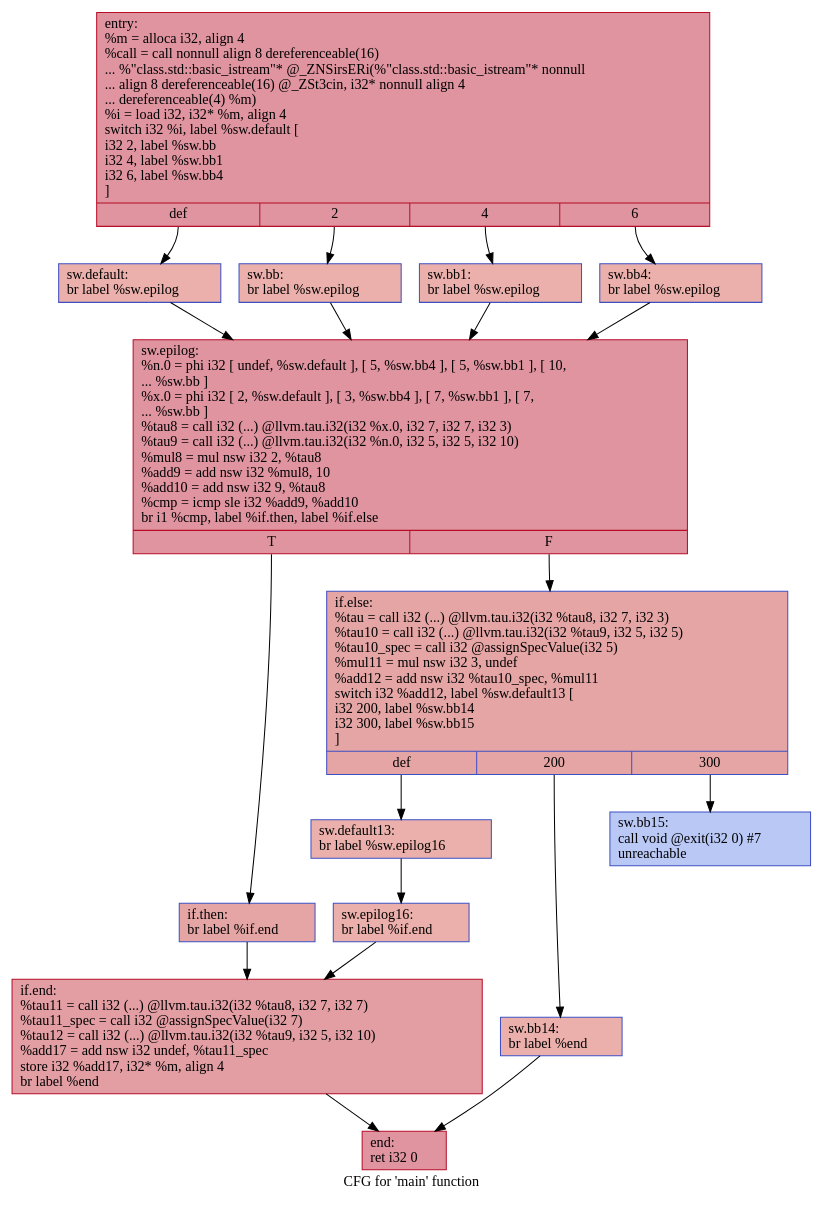
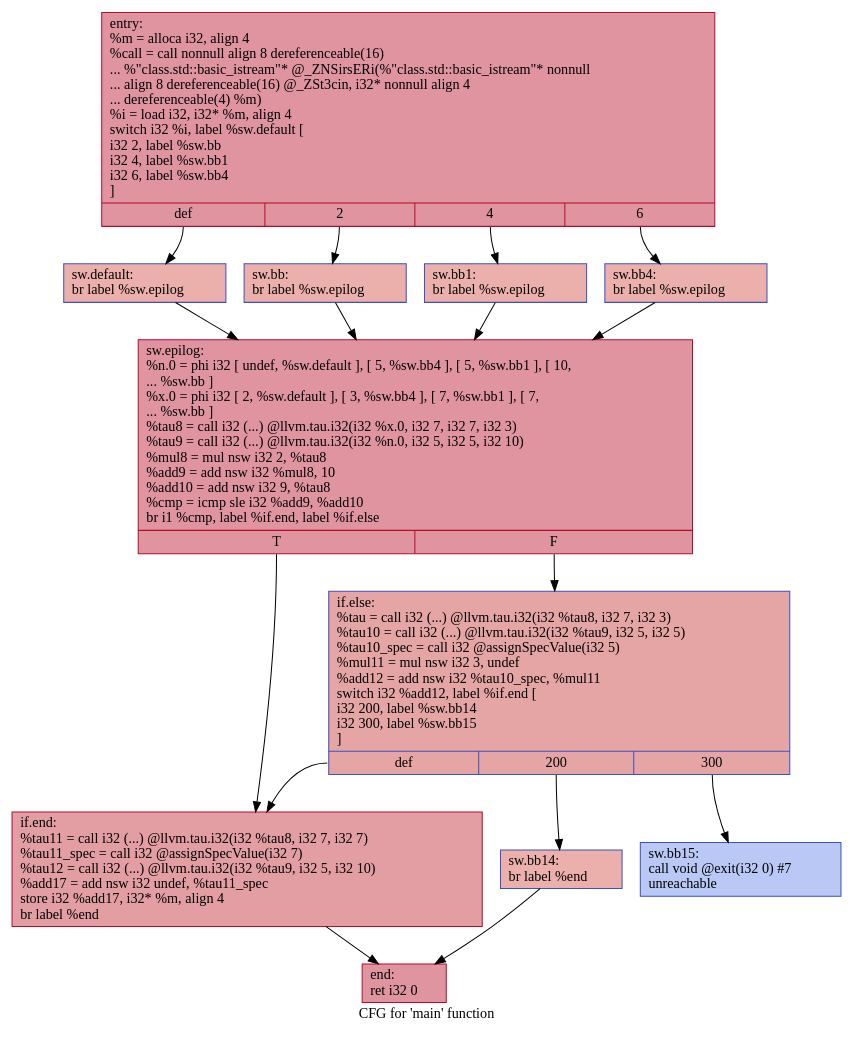
Before and after one commit to HPSSA-LLVM/HPSSA-LLVM: the diagram in IR/cfg/specSCCP_HPSSA.dot, drawn with Graphviz. The commit also changed 26 other files, not shown here.

```diff
--- a/IR/cfg/specSCCP_HPSSA.dot
+++ b/IR/cfg/specSCCP_HPSSA.dot
@@ -1,36 +1,30 @@
 digraph "CFG for 'main' function" {
 	label="CFG for 'main' function";
 
-	Node0x55fcf3085da0 [shape=record,color="#b70d28ff", style=filled, fillcolor="#b70d2870",label="{entry:\l  %m = alloca i32, align 4\l  %call = call nonnull align 8 dereferenceable(16)\l... %\"class.std::basic_istream\"* @_ZNSirsERi(%\"class.std::basic_istream\"* nonnull\l... align 8 dereferenceable(16) @_ZSt3cin, i32* nonnull align 4\l... dereferenceable(4) %m)\l  %i = load i32, i32* %m, align 4\l  switch i32 %i, label %sw.default [\l    i32 2, label %sw.bb\l    i32 4, label %sw.bb1\l    i32 6, label %sw.bb4\l  ]\l|{<s0>def|<s1>2|<s2>4|<s3>6}}"];
-	Node0x55fcf3085da0:s0 -> Node0x55fcf3086210;
-	Node0x55fcf3085da0:s1 -> Node0x55fcf3086320;
-	Node0x55fcf3085da0:s2 -> Node0x55fcf3086420;
-	Node0x55fcf3085da0:s3 -> Node0x55fcf3086520;
-	Node0x55fcf3086320 [shape=record,color="#3d50c3ff", style=filled, fillcolor="#d24b4070",label="{sw.bb:                                            \l  br label %sw.epilog\l}"];
-	Node0x55fcf3086320 -> Node0x55fcf3086640;
-	Node0x55fcf3086420 [shape=record,color="#3d50c3ff", style=filled, fillcolor="#d24b4070",label="{sw.bb1:                                           \l  br label %sw.epilog\l}"];
-	Node0x55fcf3086420 -> Node0x55fcf3086640;
-	Node0x55fcf3086520 [shape=record,color="#3d50c3ff", style=filled, fillcolor="#d24b4070",label="{sw.bb4:                                           \l  br label %sw.epilog\l}"];
-	Node0x55fcf3086520 -> Node0x55fcf3086640;
-	Node0x55fcf3086210 [shape=record,color="#3d50c3ff", style=filled, fillcolor="#d24b4070",label="{sw.default:                                       \l  br label %sw.epilog\l}"];
-	Node0x55fcf3086210 -> Node0x55fcf3086640;
-	Node0x55fcf3086640 [shape=record,color="#b70d28ff", style=filled, fillcolor="#b70d2870",label="{sw.epilog:                                        \l  %n.0 = phi i32 [ undef, %sw.default ], [ 5, %sw.bb4 ], [ 5, %sw.bb1 ], [ 10,\l... %sw.bb ]\l  %x.0 = phi i32 [ 2, %sw.default ], [ 3, %sw.bb4 ], [ 7, %sw.bb1 ], [ 7,\l... %sw.bb ]\l  %tau8 = call i32 (...) @llvm.tau.i32(i32 %x.0, i32 7, i32 7, i32 3)\l  %tau9 = call i32 (...) @llvm.tau.i32(i32 %n.0, i32 5, i32 5, i32 10)\l  %mul8 = mul nsw i32 2, %tau8\l  %add9 = add nsw i32 %mul8, 10\l  %add10 = add nsw i32 9, %tau8\l  %cmp = icmp sle i32 %add9, %add10\l  br i1 %cmp, label %if.then, label %if.else\l|{<s0>T|<s1>F}}"];
-	Node0x55fcf3086640:s0 -> Node0x55fcf3087810;
-	Node0x55fcf3086640:s1 -> Node0x55fcf3087880;
-	Node0x55fcf3087810 [shape=record,color="#3d50c3ff", style=filled, fillcolor="#c5333470",label="{if.then:                                          \l  br label %if.end\l}"];
-	Node0x55fcf3087810 -> Node0x55fcf30879a0;
-	Node0x55fcf3087880 [shape=record,color="#3d50c3ff", style=filled, fillcolor="#c5333470",label="{if.else:                                          \l  %tau = call i32 (...) @llvm.tau.i32(i32 %tau8, i32 7, i32 3)\l  %tau10 = call i32 (...) @llvm.tau.i32(i32 %tau9, i32 5, i32 5)\l  %tau10_spec = call i32 @assignSpecValue(i32 5)\l  %mul11 = mul nsw i32 3, undef\l  %add12 = add nsw i32 %tau10_spec, %mul11\l  switch i32 %add12, label %sw.default13 [\l    i32 200, label %sw.bb14\l    i32 300, label %sw.bb15\l  ]\l|{<s0>def|<s1>200|<s2>300}}"];
-	Node0x55fcf3087880:s0 -> Node0x55fcf3088390;
-	Node0x55fcf3087880:s1 -> Node0x55fcf30884a0;
-	Node0x55fcf3087880:s2 -> Node0x55fcf30885a0;
-	Node0x55fcf3088390 [shape=record,color="#3d50c3ff", style=filled, fillcolor="#d24b4070",label="{sw.default13:                                     \l  br label %sw.epilog16\l}"];
-	Node0x55fcf3088390 -> Node0x55fcf3088790;
-	Node0x55fcf30884a0 [shape=record,color="#3d50c3ff", style=filled, fillcolor="#d24b4070",label="{sw.bb14:                                          \l  br label %end\l}"];
-	Node0x55fcf30884a0 -> Node0x55fcf3088880;
-	Node0x55fcf30885a0 [shape=record,color="#3d50c3ff", style=filled, fillcolor="#6282ea70",label="{sw.bb15:                                          \l  call void @exit(i32 0) #7\l  unreachable\l}"];
-	Node0x55fcf3088790 [shape=record,color="#3d50c3ff", style=filled, fillcolor="#d24b4070",label="{sw.epilog16:                                      \l  br label %if.end\l}"];
-	Node0x55fcf3088790 -> Node0x55fcf30879a0;
-	Node0x55fcf30879a0 [shape=record,color="#b70d28ff", style=filled, fillcolor="#be242e70",label="{if.end:                                           \l  %tau11 = call i32 (...) @llvm.tau.i32(i32 %tau8, i32 7, i32 7)\l  %tau11_spec = call i32 @assignSpecValue(i32 7)\l  %tau12 = call i32 (...) @llvm.tau.i32(i32 %tau9, i32 5, i32 10)\l  %add17 = add nsw i32 undef, %tau11_spec\l  store i32 %add17, i32* %m, align 4\l  br label %end\l}"];
-	Node0x55fcf30879a0 -> Node0x55fcf3088880;
-	Node0x55fcf3088880 [shape=record,color="#b70d28ff", style=filled, fillcolor="#b70d2870",label="{end:                                              \l  ret i32 0\l}"];
+	Node0x560a72702150 [shape=record,color="#b70d28ff", style=filled, fillcolor="#b70d2870",label="{entry:\l  %m = alloca i32, align 4\l  %call = call nonnull align 8 dereferenceable(16)\l... %\"class.std::basic_istream\"* @_ZNSirsERi(%\"class.std::basic_istream\"* nonnull\l... align 8 dereferenceable(16) @_ZSt3cin, i32* nonnull align 4\l... dereferenceable(4) %m)\l  %i = load i32, i32* %m, align 4\l  switch i32 %i, label %sw.default [\l    i32 2, label %sw.bb\l    i32 4, label %sw.bb1\l    i32 6, label %sw.bb4\l  ]\l|{<s0>def|<s1>2|<s2>4|<s3>6}}"];
+	Node0x560a72702150:s0 -> Node0x560a72702590;
+	Node0x560a72702150:s1 -> Node0x560a727026a0;
+	Node0x560a72702150:s2 -> Node0x560a727027a0;
+	Node0x560a72702150:s3 -> Node0x560a727028a0;
+	Node0x560a727026a0 [shape=record,color="#3d50c3ff", style=filled, fillcolor="#d24b4070",label="{sw.bb:                                            \l  br label %sw.epilog\l}"];
+	Node0x560a727026a0 -> Node0x560a727029c0;
+	Node0x560a727027a0 [shape=record,color="#3d50c3ff", style=filled, fillcolor="#d24b4070",label="{sw.bb1:                                           \l  br label %sw.epilog\l}"];
+	Node0x560a727027a0 -> Node0x560a727029c0;
+	Node0x560a727028a0 [shape=record,color="#3d50c3ff", style=filled, fillcolor="#d24b4070",label="{sw.bb4:                                           \l  br label %sw.epilog\l}"];
+	Node0x560a727028a0 -> Node0x560a727029c0;
+	Node0x560a72702590 [shape=record,color="#3d50c3ff", style=filled, fillcolor="#d24b4070",label="{sw.default:                                       \l  br label %sw.epilog\l}"];
+	Node0x560a72702590 -> Node0x560a727029c0;
+	Node0x560a727029c0 [shape=record,color="#b70d28ff", style=filled, fillcolor="#b70d2870",label="{sw.epilog:                                        \l  %n.0 = phi i32 [ undef, %sw.default ], [ 5, %sw.bb4 ], [ 5, %sw.bb1 ], [ 10,\l... %sw.bb ]\l  %x.0 = phi i32 [ 2, %sw.default ], [ 3, %sw.bb4 ], [ 7, %sw.bb1 ], [ 7,\l... %sw.bb ]\l  %tau8 = call i32 (...) @llvm.tau.i32(i32 %x.0, i32 7, i32 7, i32 3)\l  %tau9 = call i32 (...) @llvm.tau.i32(i32 %n.0, i32 5, i32 5, i32 10)\l  %mul8 = mul nsw i32 2, %tau8\l  %add9 = add nsw i32 %mul8, 10\l  %add10 = add nsw i32 9, %tau8\l  %cmp = icmp sle i32 %add9, %add10\l  br i1 %cmp, label %if.end, label %if.else\l|{<s0>T|<s1>F}}"];
+	Node0x560a727029c0:s0 -> Node0x560a72703b60;
+	Node0x560a727029c0:s1 -> Node0x560a72703bd0;
+	Node0x560a72703bd0 [shape=record,color="#3d50c3ff", style=filled, fillcolor="#c5333470",label="{if.else:                                          \l  %tau = call i32 (...) @llvm.tau.i32(i32 %tau8, i32 7, i32 3)\l  %tau10 = call i32 (...) @llvm.tau.i32(i32 %tau9, i32 5, i32 5)\l  %tau10_spec = call i32 @assignSpecValue(i32 5)\l  %mul11 = mul nsw i32 3, undef\l  %add12 = add nsw i32 %tau10_spec, %mul11\l  switch i32 %add12, label %if.end [\l    i32 200, label %sw.bb14\l    i32 300, label %sw.bb15\l  ]\l|{<s0>def|<s1>200|<s2>300}}"];
+	Node0x560a72703bd0:s0 -> Node0x560a72703b60;
+	Node0x560a72703bd0:s1 -> Node0x560a72704140;
+	Node0x560a72703bd0:s2 -> Node0x560a72704500;
+	Node0x560a72704140 [shape=record,color="#3d50c3ff", style=filled, fillcolor="#d24b4070",label="{sw.bb14:                                          \l  br label %end\l}"];
+	Node0x560a72704140 -> Node0x560a727046f0;
+	Node0x560a72704500 [shape=record,color="#3d50c3ff", style=filled, fillcolor="#6282ea70",label="{sw.bb15:                                          \l  call void @exit(i32 0) #7\l  unreachable\l}"];
+	Node0x560a72703b60 [shape=record,color="#b70d28ff", style=filled, fillcolor="#be242e70",label="{if.end:                                           \l  %tau11 = call i32 (...) @llvm.tau.i32(i32 %tau8, i32 7, i32 7)\l  %tau11_spec = call i32 @assignSpecValue(i32 7)\l  %tau12 = call i32 (...) @llvm.tau.i32(i32 %tau9, i32 5, i32 10)\l  %add17 = add nsw i32 undef, %tau11_spec\l  store i32 %add17, i32* %m, align 4\l  br label %end\l}"];
+	Node0x560a72703b60 -> Node0x560a727046f0;
+	Node0x560a727046f0 [shape=record,color="#b70d28ff", style=filled, fillcolor="#b70d2870",label="{end:                                              \l  ret i32 0\l}"];
 }
```
